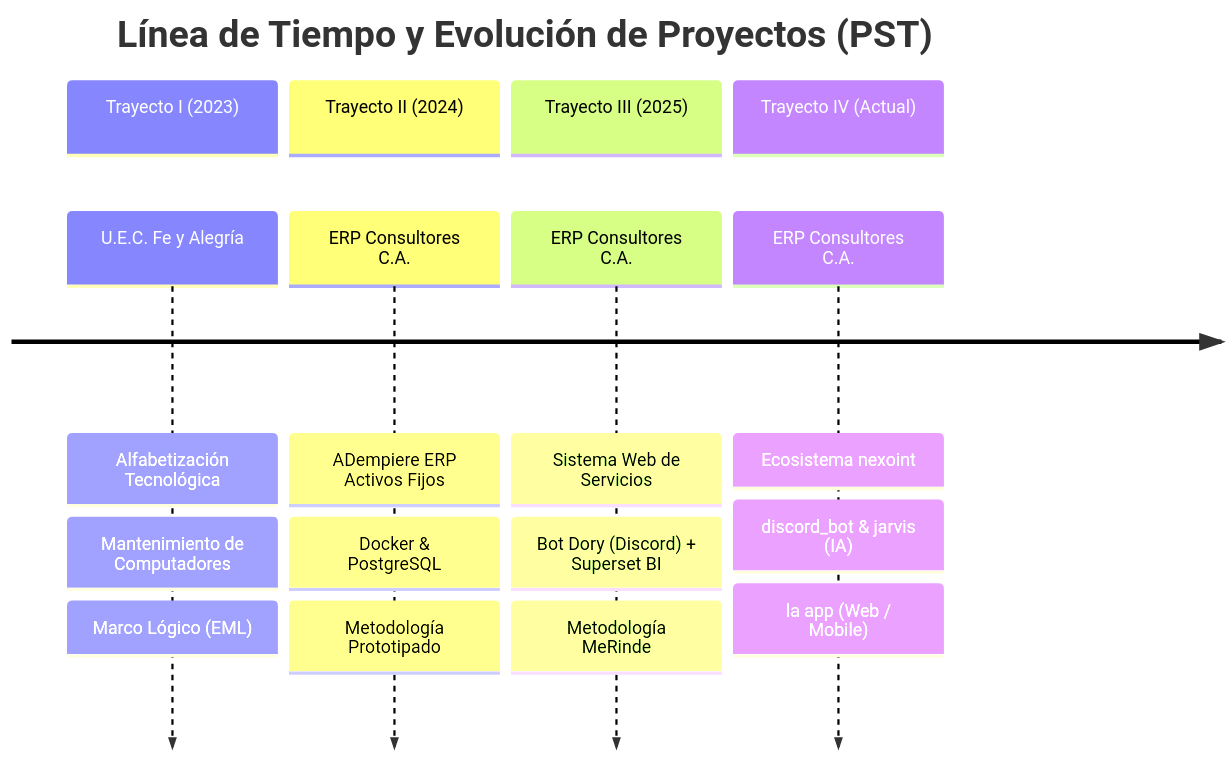
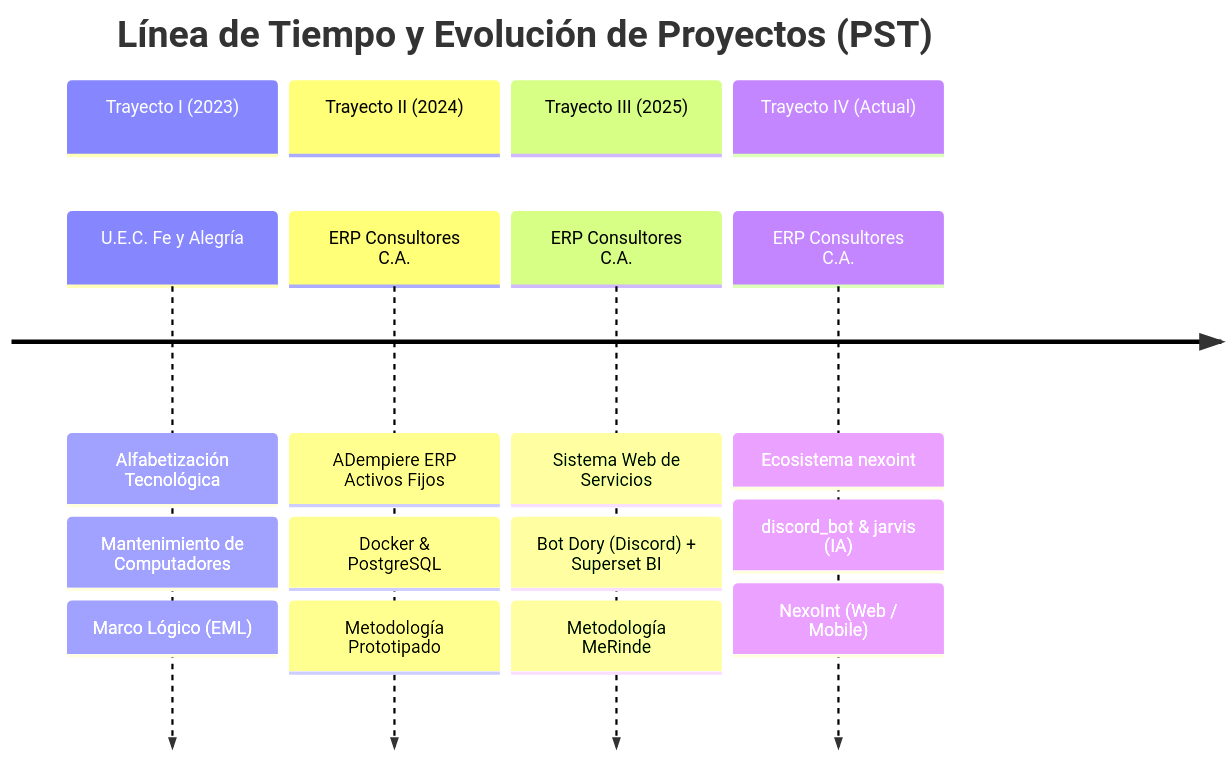
The diagram in docs/README.md (jesusalbujas/CONTROL-PST), drawn with Mermaid before and after one commit. The commit also changed other lines of this file and 3 other files, not shown here.

Commit message:
docs: standardize frontend app naming to NexoInt across all PST IV documentation

````diff
--- a/docs/README.md
+++ b/docs/README.md
@@ -22,20 +22,20 @@
 ```mermaid
 timeline
     title Línea de Tiempo y Evolución de Proyectos (PST)
     section Trayecto I (2023)
       U.E.C. Fe y Alegría : Alfabetización Tecnológica
                           : Mantenimiento de Computadores
                           : Marco Lógico (EML)
     section Trayecto II (2024)
       ERP Consultores C.A. : ADempiere ERP Activos Fijos
                            : Docker & PostgreSQL
                            : Metodología Prototipado
     section Trayecto III (2025)
       ERP Consultores C.A. : Sistema Web de Servicios
                            : Bot Dory (Discord) + Superset BI
                            : Metodología MeRinde
     section Trayecto IV (Actual)
       ERP Consultores C.A. : Ecosistema nexoint
                            : discord_bot & jarvis (IA)
-                           : la app (Web / Mobile)
+                           : NexoInt (Web / Mobile)
 ```
````
